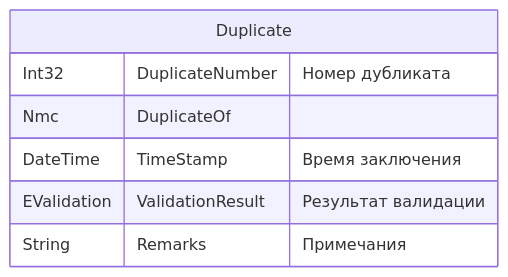
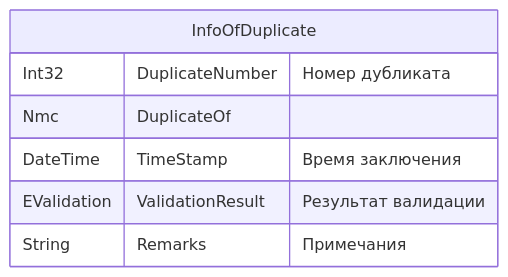
One commit to Zorin-Mykhailo/Kusto changed the fourth of 5 diagrams in Kusto/Documents/2313902__ContractorsCheck/DataModel.md. Above: the diagram before and after it, drawn with Mermaid. The commit also changed other lines of this file, not shown here.

````diff
--- a/Kusto/Documents/2313902__ContractorsCheck/DataModel.md
+++ b/Kusto/Documents/2313902__ContractorsCheck/DataModel.md
@@ -49,11 +50,11 @@
 ```mermaid
 erDiagram
-  Duplicate {
+  InfoOfDuplicate {
     Int32 DuplicateNumber "Номер дубликата"
     Nmc DuplicateOf
     
     DateTime TimeStamp "Время заключения"
     EValidation ValidationResult "Результат валидации"    
     String Remarks "Примечания"
   }
 ```
````
